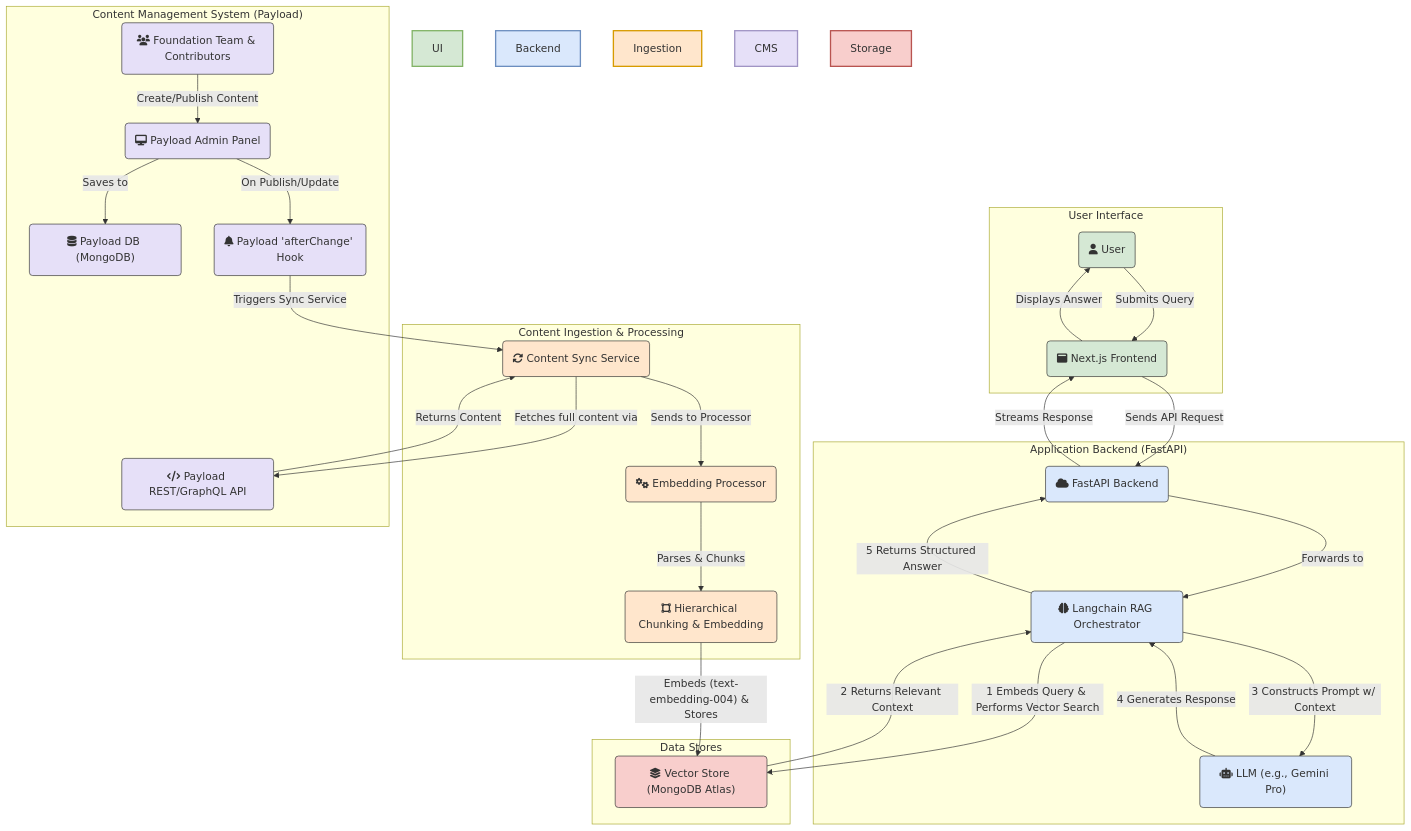
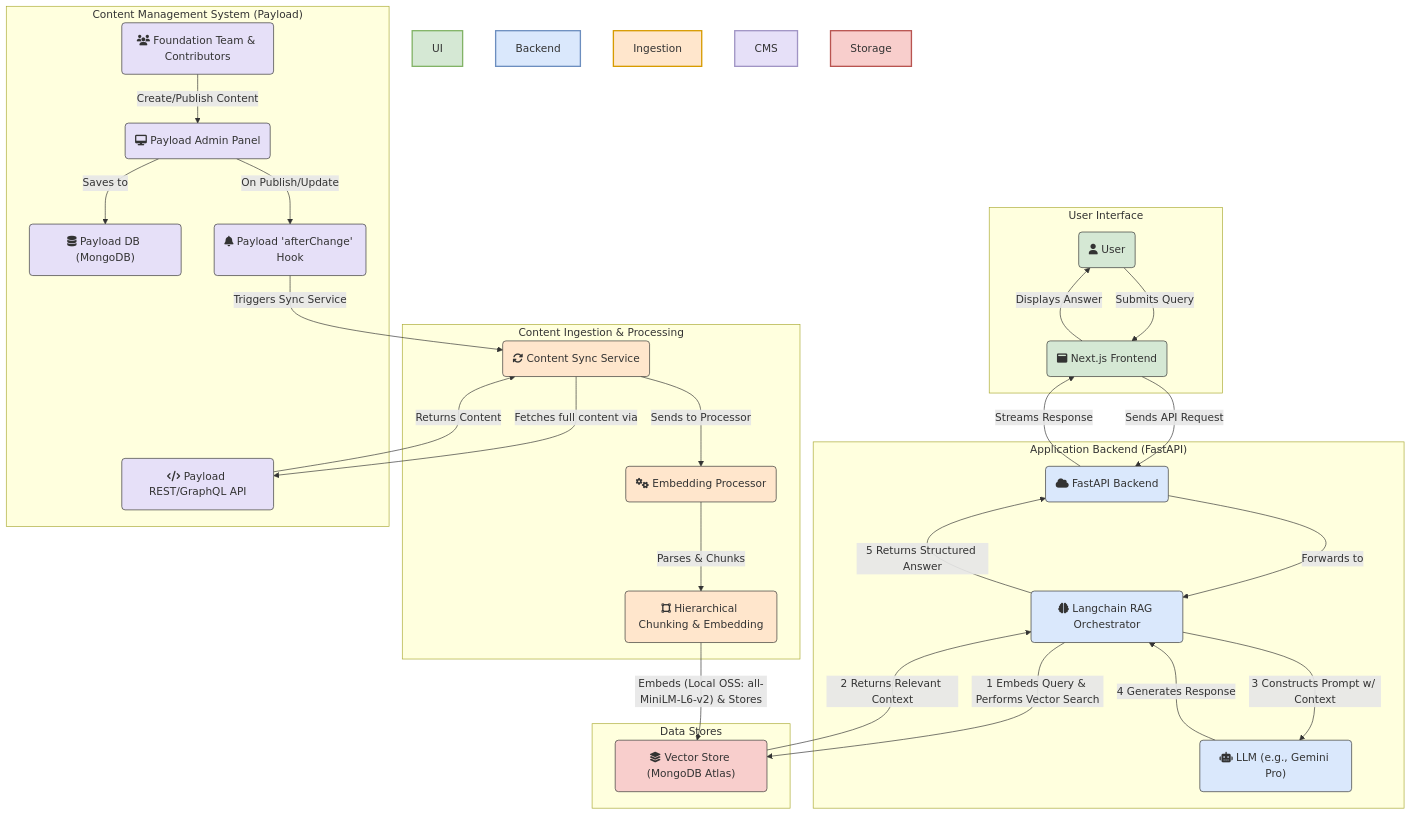
Before and after one commit to IndigoNakamoto/Litecoin-Knowledge-Hub: the diagram in cline_docs/projectRoadmap.md, drawn with Mermaid. The commit also changed other lines of this file and 13 other files, not shown here.

````diff
--- a/cline_docs/projectRoadmap.md
+++ b/cline_docs/projectRoadmap.md
@@ -62,77 +65,77 @@
 ```mermaid
 flowchart TD
     %% -------------------
     %% Node Definitions
     %% -------------------
 
     subgraph "User Interface"
         style UI fill:#D5E8D4,stroke:#82B366,color:#333,stroke-width:2px
         U("fa:fa-user User"):::uiStyle
         FE("fa:fa-window-maximize Next.js Frontend"):::uiStyle
     end
 
     subgraph "Application Backend (FastAPI)"
         style Backend fill:#DAE8FC,stroke:#6C8EBF,color:#333,stroke-width:2px
         API("fa:fa-cloud FastAPI Backend"):::backendStyle
         RAG("fa:fa-brain Langchain RAG Orchestrator"):::backendStyle
         LLM("fa:fa-robot LLM (e.g., Gemini Pro)"):::backendStyle
     end
 
     subgraph "Content Ingestion & Processing"
         style Ingestion fill:#FFE6CC,stroke:#D79B00,color:#333,stroke-width:2px
         SYNC("fa:fa-sync-alt Content Sync Service"):::ingestionStyle
         PROC("fa:fa-cogs Embedding Processor"):::ingestionStyle
         CHUNK("fa:fa-vector-square Hierarchical Chunking & Embedding"):::ingestionStyle
     end
 
     subgraph "Content Management System (Payload)"
         style CMS fill:#E6E0F8,stroke:#A094C4,color:#333,stroke-width:2px
         AUTHORS("fa:fa-users Foundation Team & Contributors"):::cmsStyle
         ADMIN("fa:fa-desktop Payload Admin Panel"):::cmsStyle
         PAYLOAD_DB("fa:fa-database Payload DB (MongoDB)"):::cmsStyle
         HOOK("fa:fa-bell Payload 'afterChange' Hook"):::cmsStyle
         PAYLOAD_API("fa:fa-code Payload REST/GraphQL API"):::cmsStyle
     end
 
     subgraph "Data Stores"
         style Storage fill:#F8CECC,stroke:#B85450,color:#333,stroke-width:2px
         VDB("fa:fa-layer-group Vector Store (MongoDB Atlas)"):::storageStyle
     end
 
     %% -------------------
     %% Connection Definitions
     %% -------------------
 
     %% Flow 1: Content Ingestion & Indexing
     AUTHORS -- "Create/Publish Content" --> ADMIN
     ADMIN -- "Saves to" --> PAYLOAD_DB
     ADMIN -- "On Publish/Update" --> HOOK
     HOOK -- "Triggers Sync Service" --> SYNC
     SYNC -- "Fetches full content via" --> PAYLOAD_API
     PAYLOAD_API -- "Returns Content" --> SYNC
     SYNC -- "Sends to Processor" --> PROC
     PROC -- "Parses & Chunks" --> CHUNK
-    CHUNK -- "Embeds (text-embedding-004) & Stores" --> VDB
+    CHUNK -- "Embeds (Local OSS: all-MiniLM-L6-v2) & Stores" --> VDB
 
     %% Flow 2: User Query & RAG
     U -- "Submits Query" --> FE
     FE -- "Sends API Request" --> API
     API -- "Forwards to" --> RAG
     RAG -- "1 Embeds Query & Performs Vector Search" --> VDB
     VDB -- "2 Returns Relevant Context" --> RAG
     RAG -- "3 Constructs Prompt w/ Context" --> LLM
     LLM -- "4 Generates Response" --> RAG
     RAG -- "5 Returns Structured Answer" --> API
     API -- "Streams Response" --> FE
     FE -- "Displays Answer" --> U
 
 
     %% -------------------
     %% Class-Based Styling
     %% -------------------
     classDef uiStyle fill:#D5E8D4,stroke:#333,color:#333
     classDef backendStyle fill:#DAE8FC,stroke:#333,color:#333
     classDef ingestionStyle fill:#FFE6CC,stroke:#333,color:#333
     classDef cmsStyle fill:#E6E0F8,stroke:#333,color:#333
     classDef storageStyle fill:#F8CECC,stroke:#333,color:#333
 ```
````
